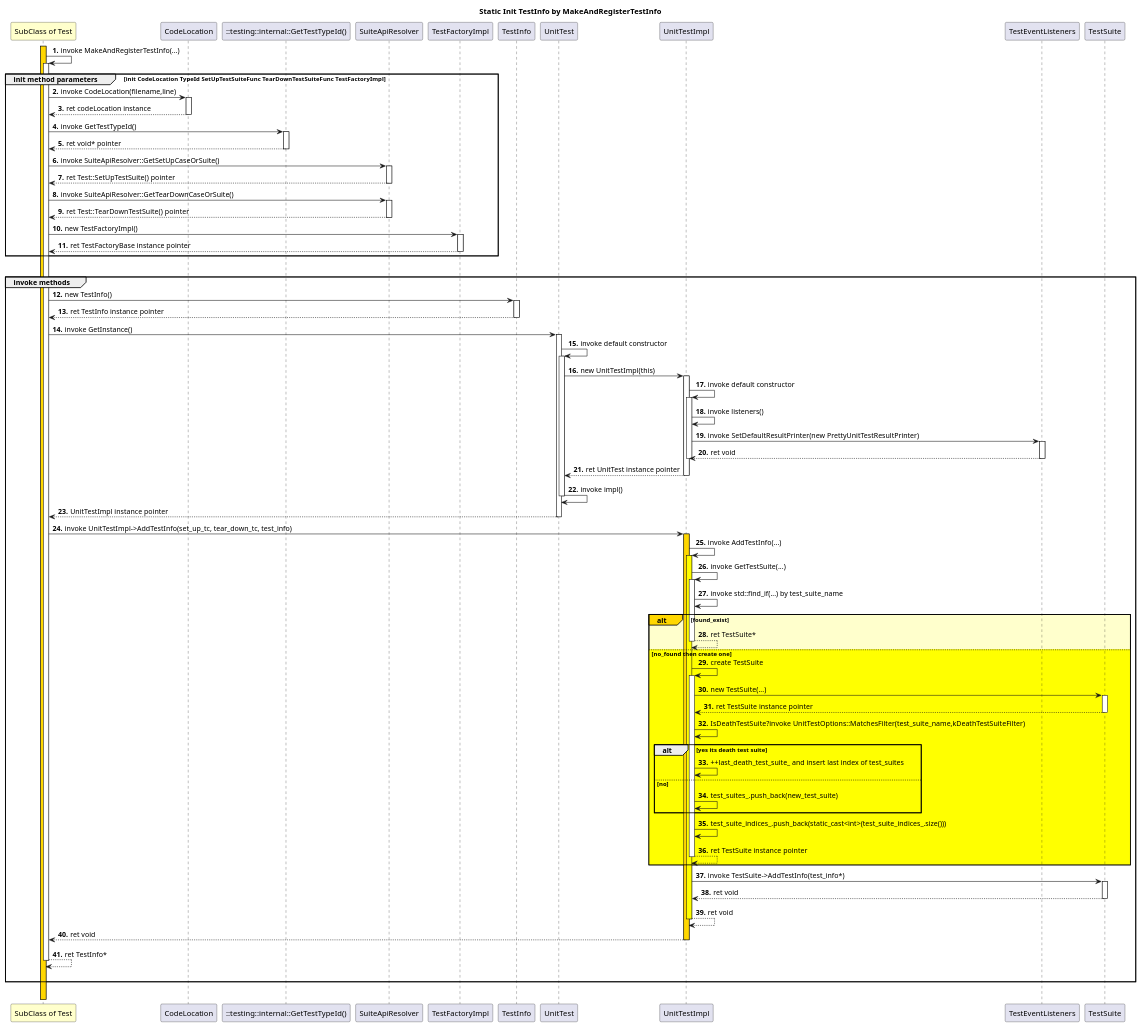
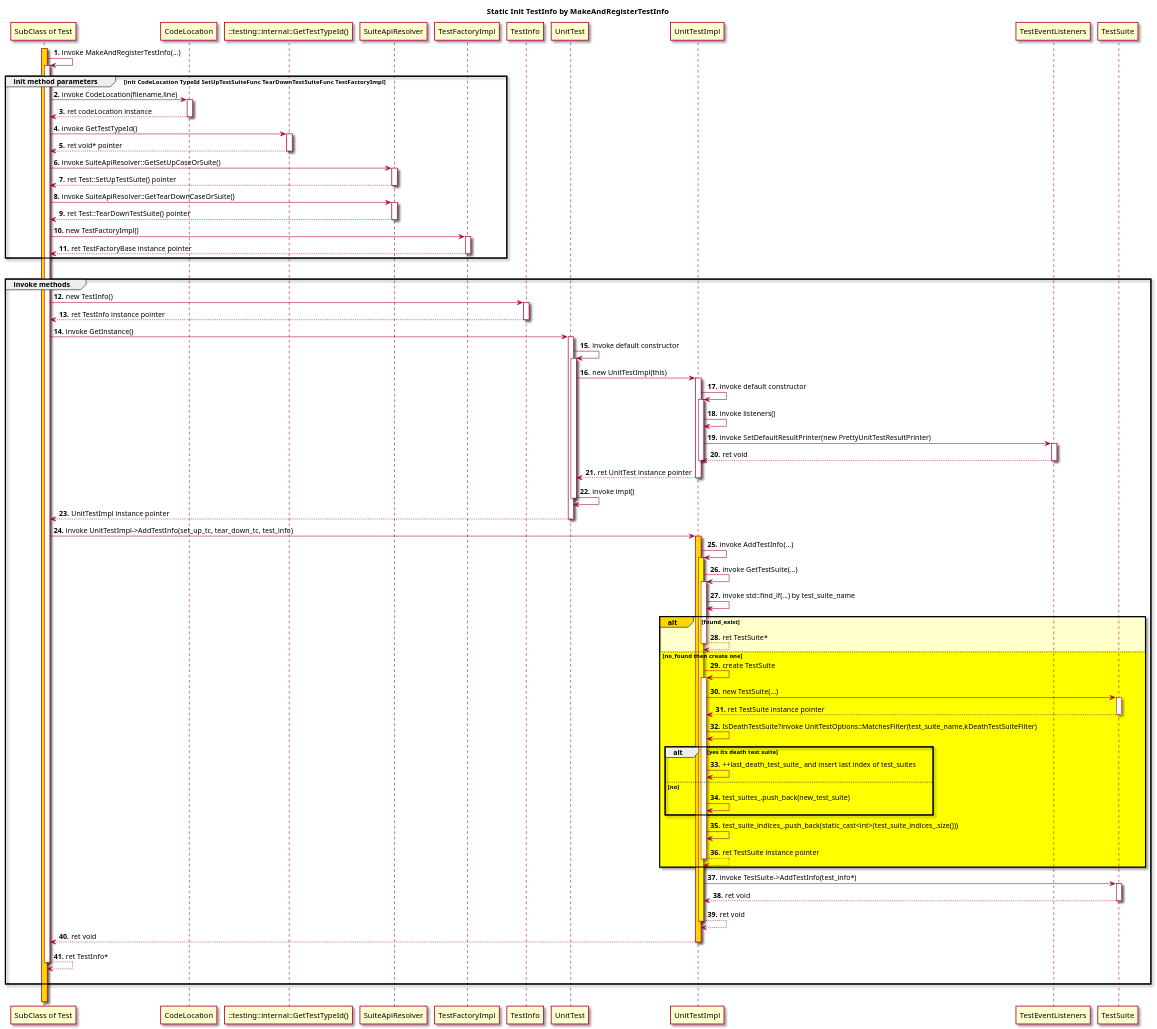
The diagram in gtest_MakeAndRegisterTestInfo_sequence_diagram.puml (yanxueweicn/tdd_dev), drawn with PlantUML before and after one commit. The commit also changed 8 other files, not shown here.

Commit message:
恢复默认主题 skin rose

```diff
--- a/gtest_MakeAndRegisterTestInfo_sequence_diagram.puml
+++ b/gtest_MakeAndRegisterTestInfo_sequence_diagram.puml
@@ -1,104 +1,108 @@
 @startuml
 'https://plantuml.com/sequence-diagram
+
+'skin rose
+skin rose
+'!theme superhero
 title
  <b>Static Init TestInfo by MakeAndRegisterTestInfo
 end title
 
 'actor boundary control collections database entity queue
 'participant "SubClass of Test"  as Test  << (C,#add1b2) subclass >> order -2 #business
 participant "SubClass of Test"  as Test  order -2 #business
 participant "CodeLocation"
 participant "::testing::internal::GetTestTypeId()" as TypeId
 participant "SuiteApiResolver"
 participant "TestFactoryImpl"
 participant "TestInfo"
 
 'autonumber start increment "<u>0|#.</u>"
 autonumber 1 1 "<b>."
 
 'activate participant #colouml_sequence_diagram.pumlr
 activate Test #gold
 'participant -> participant ++|--|**|!! #color"
 Test -> Test ++ : invoke MakeAndRegisterTestInfo(...)
 
 /'
 group 主标题 [副标题]
     bob -[#red]> alice : hello
     [-> alice : DoWork
     create actor|control|boundary|control|... participant
     bob -> participant : new
     / (h|r)note left|right|over|across of alice: this is note
     ref over bob,alice : init
     ... 5分钟后 ...
     bob <[#blue]- alice : ret
     |||
     ||40||
     alt#alt背景色 #整体背景色 主标题
         break|critical|loop|opt|par 主标题
 
         end
     else 标题
 
     else 标题2
 
     end
 end
 '/
 group init method parameters [init CodeLocation TypeId SetUpTestSuiteFunc TearDownTestSuiteFunc TestFactoryImpl]
     Test ->  CodeLocation ++ : invoke CodeLocation(filename,line)
     return ret codeLocation instance
     Test -> TypeId ++ : invoke GetTestTypeId()
     return ret void* pointer
     Test -> SuiteApiResolver ++ : invoke SuiteApiResolver::GetSetUpCaseOrSuite()
     return ret Test::SetUpTestSuite() pointer
     Test -> SuiteApiResolver ++ : invoke SuiteApiResolver::GetTearDownCaseOrSuite()
     return ret Test::TearDownTestSuite() pointer
     Test -> TestFactoryImpl ++ : new TestFactoryImpl()
     return ret TestFactoryBase instance pointer
 end
 |||
 group invoke methods
     Test -> TestInfo ++ : new TestInfo()
     return ret TestInfo instance pointer
     Test -> UnitTest ++ : invoke GetInstance()
     UnitTest -> UnitTest ++ : invoke default constructor
     UnitTest -> UnitTestImpl ++ : new UnitTestImpl(this)
     UnitTestImpl -> UnitTestImpl ++ : invoke default constructor
     UnitTestImpl -> UnitTestImpl  : invoke listeners()
     UnitTestImpl -> TestEventListeners ++ : invoke SetDefaultResultPrinter(new PrettyUnitTestResultPrinter)
     return  ret void
     deactivate UnitTestImpl
     return ret UnitTest instance pointer
     UnitTest -> UnitTest -- : invoke impl()
     return UnitTestImpl instance pointer
     Test -> UnitTestImpl ++ #gold : invoke UnitTestImpl->AddTestInfo(set_up_tc, tear_down_tc, test_info)
     UnitTestImpl -> UnitTestImpl ++ #Yellow: invoke AddTestInfo(...)
     UnitTestImpl -> UnitTestImpl ++ : invoke GetTestSuite(...)
     UnitTestImpl -> UnitTestImpl  : invoke std::find_if(...) by test_suite_name
 
     alt#gold  #business found_exist
         'UnitTestImpl -> UnitTestImpl  :  ret TestSuite*
         return  ret TestSuite*
     else #yellow no_found then create one
         UnitTestImpl -> UnitTestImpl ++ : create TestSuite
         UnitTestImpl -> TestSuite ++ : new TestSuite(...)
         return ret TestSuite instance pointer
         UnitTestImpl -> UnitTestImpl : IsDeathTestSuite?invoke UnitTestOptions::MatchesFilter(test_suite_name,kDeathTestSuiteFilter)
         alt yes its death test suite
             UnitTestImpl -> UnitTestImpl : ++last_death_test_suite_ and insert last index of test_suites
         else no
             UnitTestImpl -> UnitTestImpl : test_suites_.push_back(new_test_suite)
         end
         UnitTestImpl -> UnitTestImpl : test_suite_indices_.push_back(static_cast<int>(test_suite_indices_.size()))
         return ret TestSuite instance pointer
     end
     UnitTestImpl -> TestSuite ++ : invoke TestSuite->AddTestInfo(test_info*)
     return ret void
     return ret void
     return ret void
     return ret TestInfo*
     |||
 end
 |||
 
 @enduml
```
